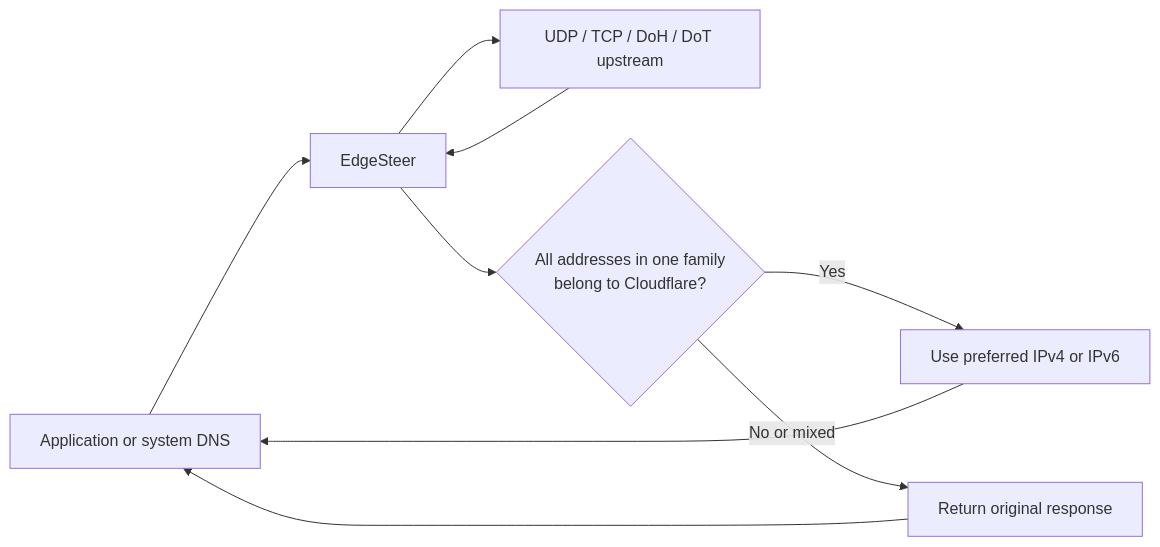
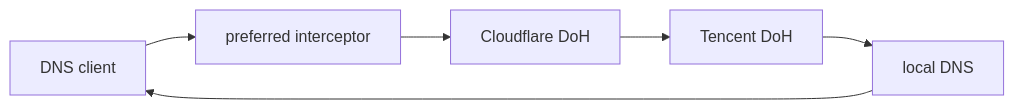
Before and after one commit to Fuxx-1/EdgeSteer: the diagram in README.md, drawn with Mermaid. The commit also changed other lines of this file and 14 other files, not shown here.

Commit message:
Add JSON DNS layer fallback graph

````diff
--- a/README.md
+++ b/README.md
@@ -14,11 +14,8 @@
 ```mermaid
 flowchart LR
-    Client["Application or system DNS"] --> EdgeSteer
-    EdgeSteer --> Upstream["UDP / TCP / DoH / DoT upstream"]
-    Upstream --> EdgeSteer
-    EdgeSteer --> Check{"All addresses in one family\nbelong to Cloudflare?"}
-    Check -->|Yes| Rewrite["Use preferred IPv4 or IPv6"]
-    Check -->|No or mixed| Original["Return original response"]
-    Rewrite --> Client
-    Original --> Client
+    Client["DNS client"] --> Preferred["preferred interceptor"]
+    Preferred --> CF["Cloudflare DoH"]
+    CF --> Tencent["Tencent DoH"]
+    Tencent --> Local["local DNS"]
+    Local --> Client
 ```
````
